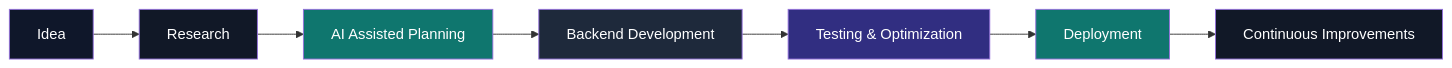
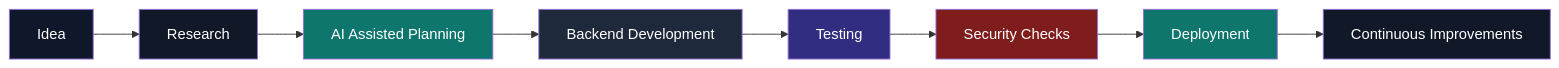
The diagram in README.md (PurveshShinde/PurveshShinde1), drawn with Mermaid before and after one commit. The commit also changed other lines of this file, not shown here.

````diff
--- a/README.md
+++ b/README.md
@@ -54,18 +51,20 @@
 ```mermaid
 flowchart LR
 
 A[Idea] --> B[Research]
 B --> C[AI Assisted Planning]
 C --> D[Backend Development]
-D --> E[Testing & Optimization]
-E --> F[Deployment]
-F --> G[Continuous Improvements]
+D --> E[Testing]
+E --> F[Security Checks]
+F --> G[Deployment]
+G --> H[Continuous Improvements]
 
 style A fill:#0f172a,color:#fff
 style B fill:#111827,color:#fff
 style C fill:#0f766e,color:#fff
 style D fill:#1e293b,color:#fff
 style E fill:#312e81,color:#fff
-style F fill:#0f766e,color:#fff
-style G fill:#111827,color:#fff
+style F fill:#7f1d1d,color:#fff
+style G fill:#0f766e,color:#fff
+style H fill:#111827,color:#fff
 ```
````
